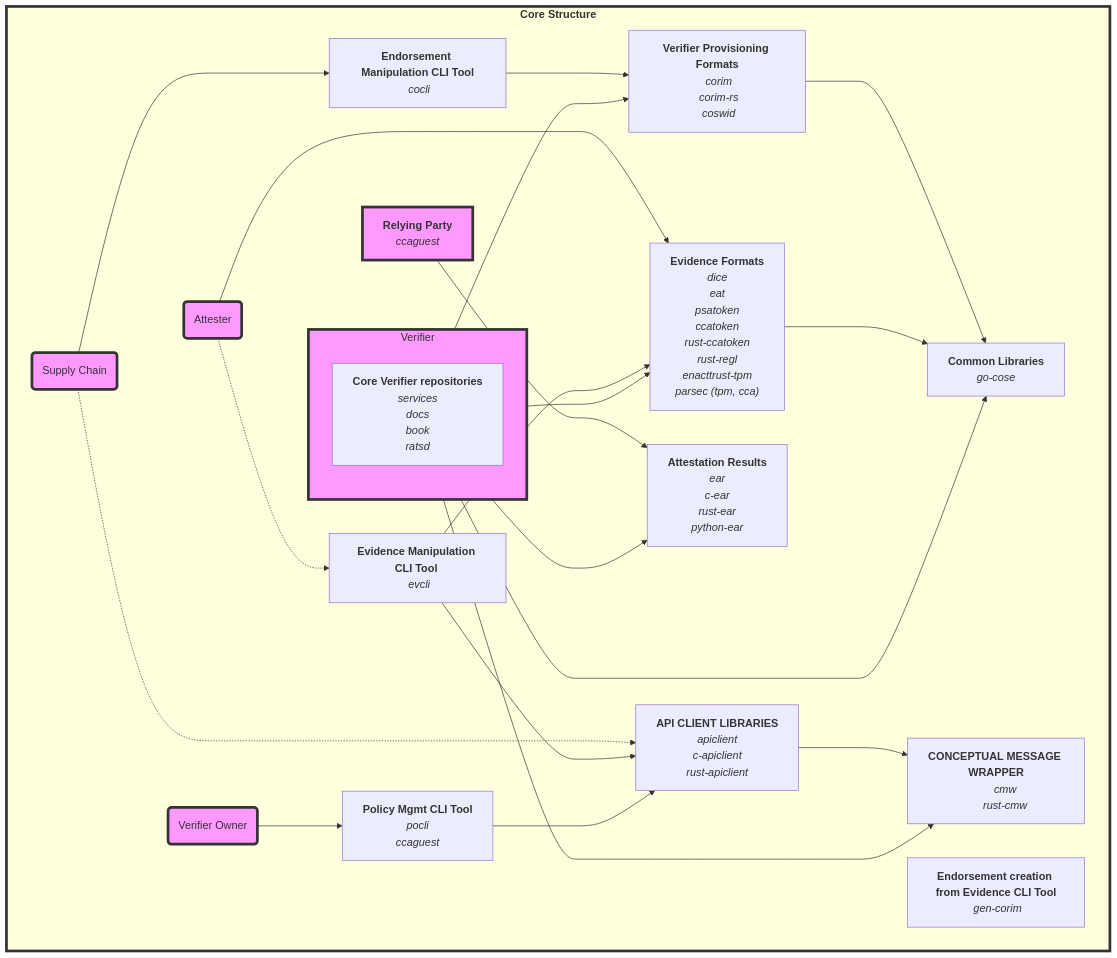
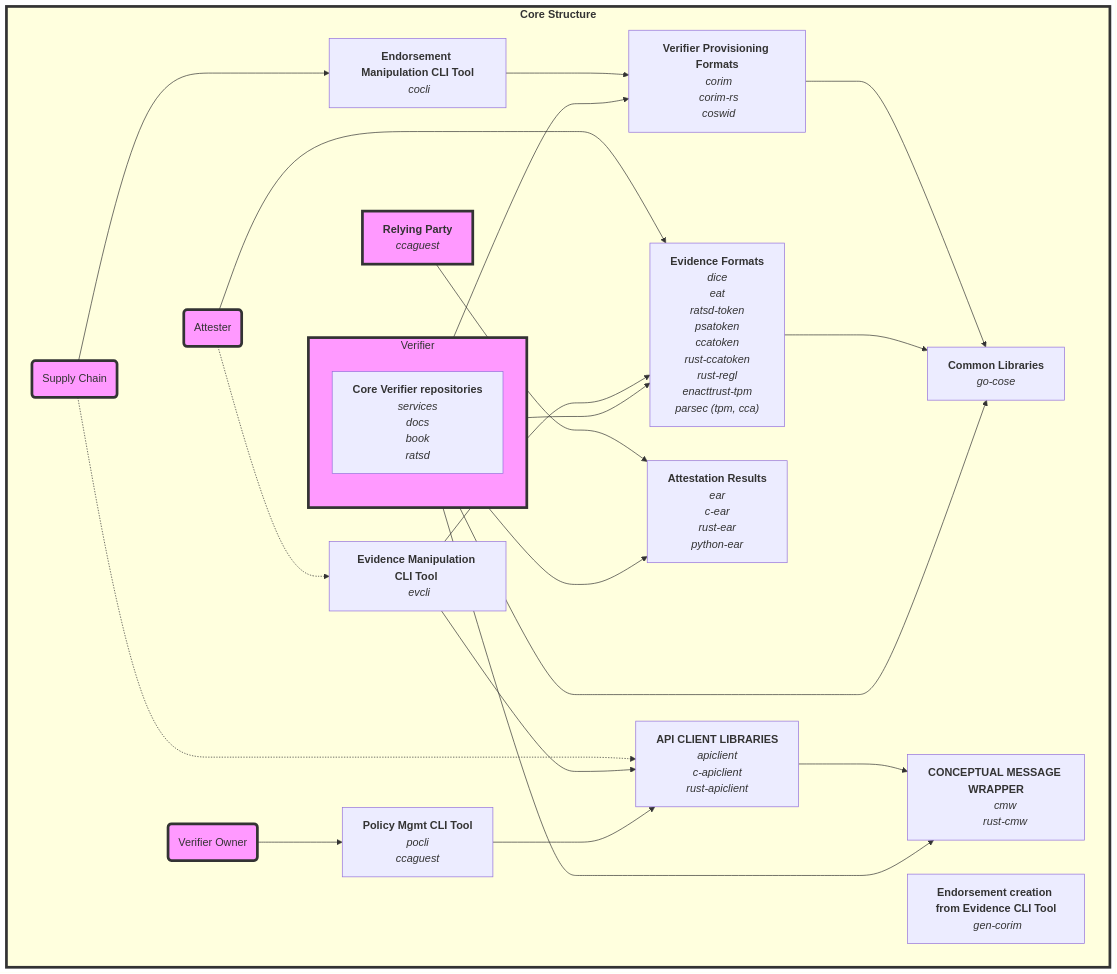
The second of 3 diagrams in repo-guide.md (veraison/docs), drawn with Mermaid before and after one commit. The commit also changed other lines of this file, not shown here.

First line of the commit message:
docs: add ratsd-token to repository guide

```diff
--- a/repo-guide.md
+++ b/repo-guide.md
@@ -174,6 +179,7 @@
 EF["<b>Evidence Formats</b> 
      <i>dice</i>
      <i>eat</i>
+     <i>ratsd-token</i>
      <i>psatoken</i>
      <i>ccatoken</i>
      <i>rust-ccatoken</i>
```
